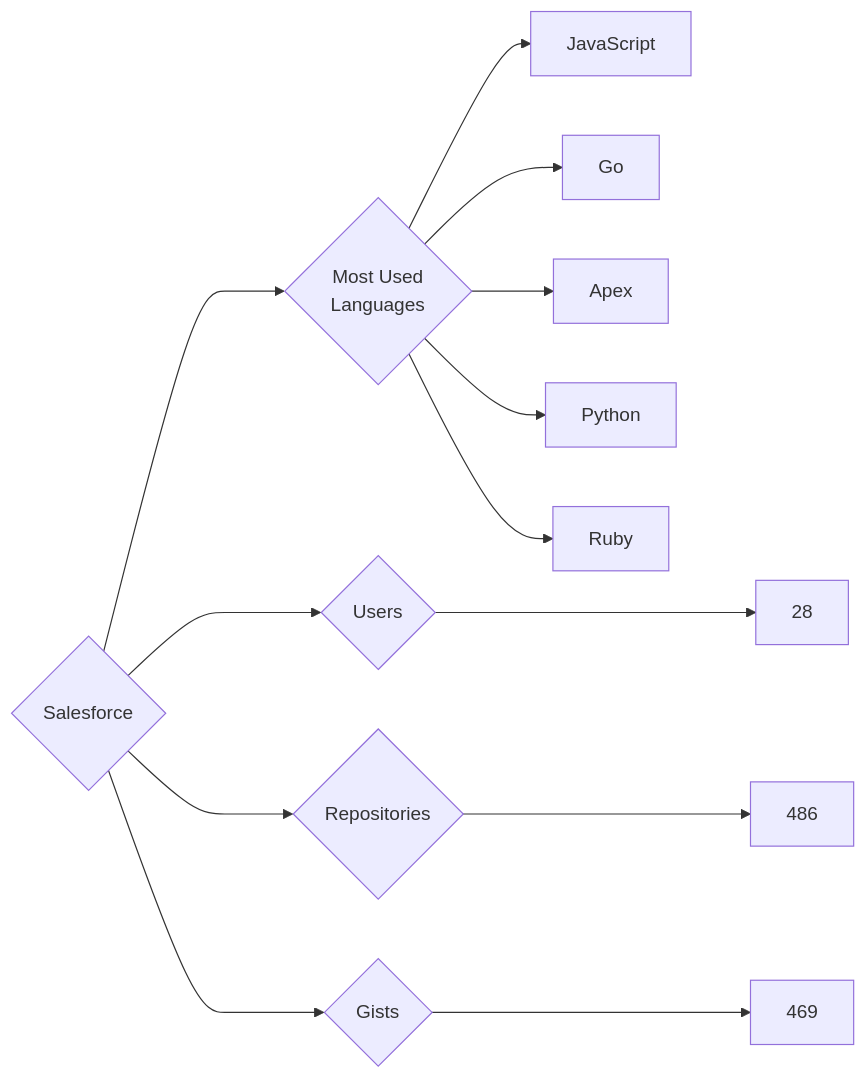
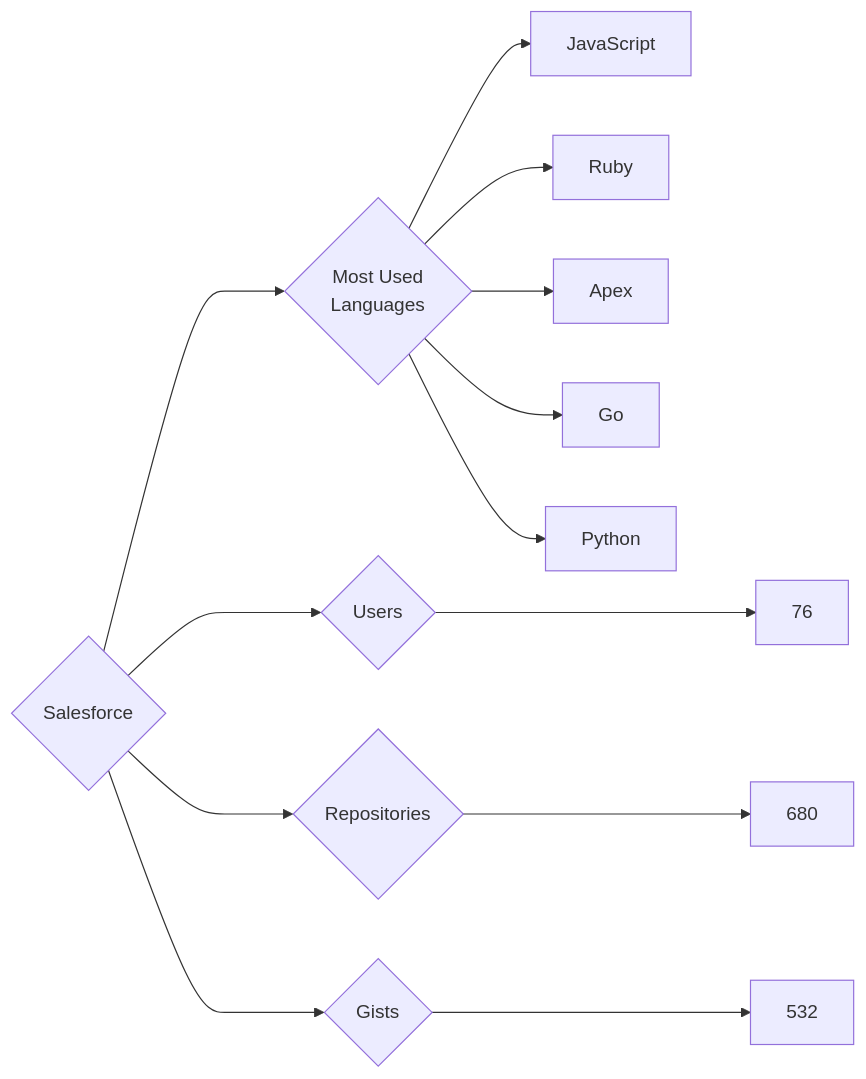
The diagram in targets/Salesforce/README.md (trickest/insiders), drawn with Mermaid before and after one commit. The commit also changed 912 other files, not shown here.

````diff
--- a/targets/Salesforce/README.md
+++ b/targets/Salesforce/README.md
@@ -3,13 +3,13 @@
 ```mermaid
 graph LR
 COMPANY_NAME{Salesforce}
-COMPANY_NAME ---> U{Users} ---> UN[28]
-COMPANY_NAME ---> R{Repositories} ---> RN[486]
-COMPANY_NAME ---> G{Gists} ---> GN[469]
+COMPANY_NAME ---> U{Users} ---> UN[76]
+COMPANY_NAME ---> R{Repositories} ---> RN[680]
+COMPANY_NAME ---> G{Gists} ---> GN[532]
 COMPANY_NAME ---> ML{Most Used<br>Languages}
 ML --> JavaScript[JavaScript]
+ML --> Ruby[Ruby]
+ML --> Apex[Apex]
 ML --> Go[Go]
-ML --> Apex[Apex]
 ML --> Python[Python]
-ML --> Ruby[Ruby]
 ```
````
